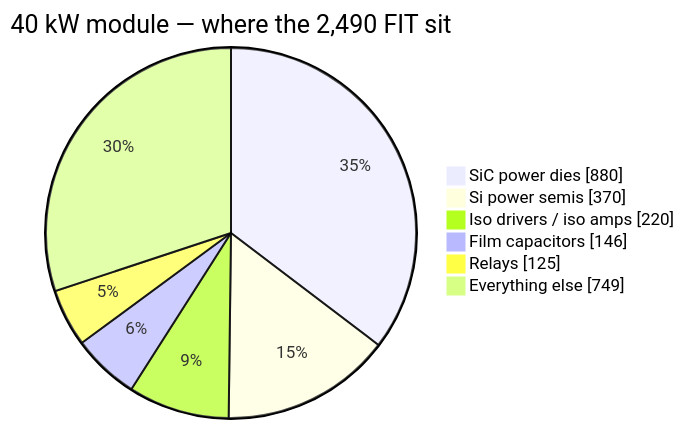
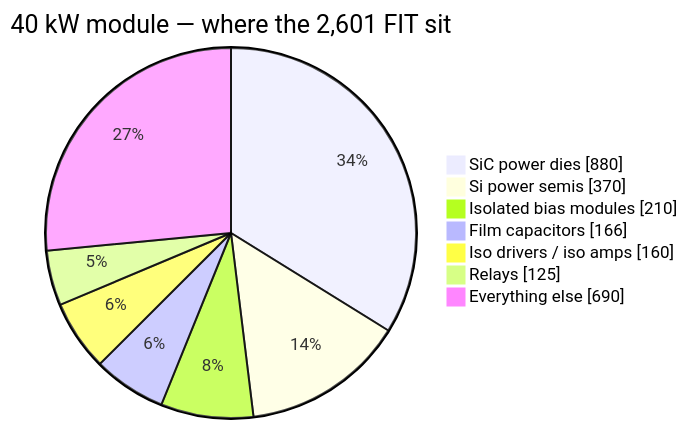
Before and after one commit to vectivolt/DC-Modules: the second of 2 diagrams in docs/reliability-budget.md, drawn with Mermaid. The commit also changed other lines of this file and 802 other files, not shown here.

````diff
--- a/docs/reliability-budget.md
+++ b/docs/reliability-budget.md
@@ -73,10 +61,11 @@
 ```mermaid
 pie showData
-  title 40 kW module — where the 2,490 FIT sit
+  title 40 kW module — where the 2,601 FIT sit
   "SiC power dies" : 880
   "Si power semis" : 370
-  "Iso drivers / iso amps" : 220
-  "Film capacitors" : 146
+  "Isolated bias modules" : 210
+  "Film capacitors" : 166
+  "Iso drivers / iso amps" : 160
   "Relays" : 125
-  "Everything else" : 749
+  "Everything else" : 690
 ```
````
